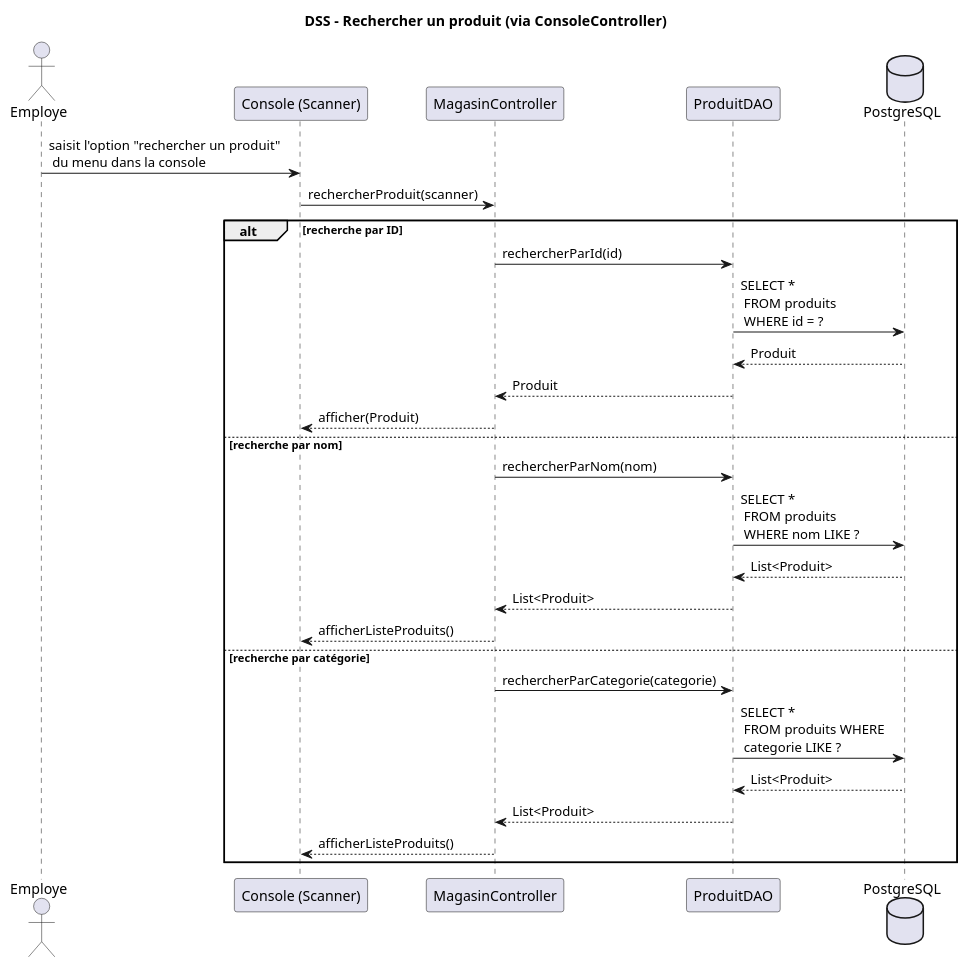
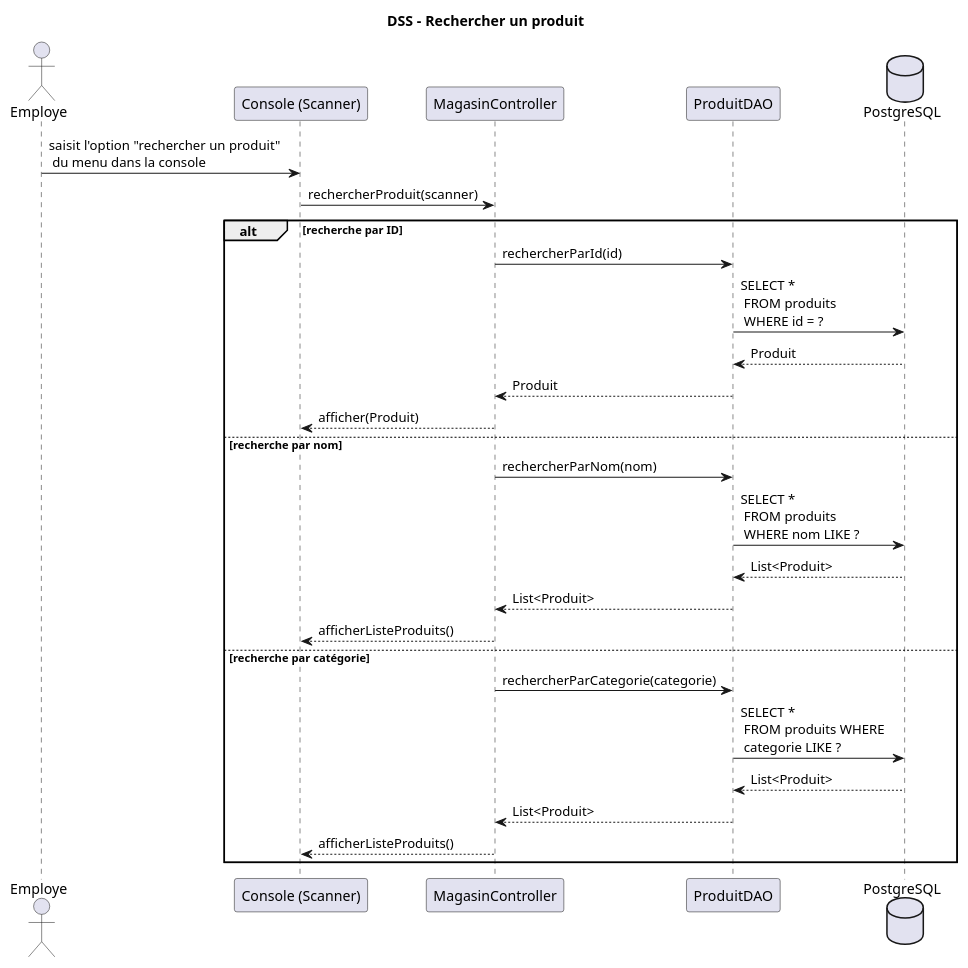
One commit to SlitherinSnake/tp0-1-2-log430 changed the diagram in docs/diagrams/dss/rechercherProduit.puml. Above: the diagram before and after it, drawn with PlantUML.

Commit message:
enelevement console dans titre

```diff
--- a/docs/diagrams/dss/rechercherProduit.puml
+++ b/docs/diagrams/dss/rechercherProduit.puml
@@ -1,55 +1,55 @@
 @startuml
-title DSS – Rechercher un produit (via ConsoleController)
+title DSS – Rechercher un produit
 
 ' === Acteurs et composants impliqués ===
 ' L'utilisateur humain (l'employé)
 actor Employe
 ' Interface console qui lit la saisie
 participant "Console (Scanner)" as Console
 ' Contrôleur principal qui orchestre les actions
 participant "MagasinController" as Controller
 ' DAO qui accède à la BD via Hibernate
 participant "ProduitDAO" as DAO
 ' Base de données relationnelle utilisée (via Hibernate)
 database "PostgreSQL"
 
 ' === Début du scénario ===
 Employe -> Console : saisit l'option "rechercher un produit" \n du menu dans la console
 ' L’utilisateur interagit avec la console pour choisir un type de recherche (ID, nom, ou catégorie)
 
 Console -> Controller : rechercherProduit(scanner)
 ' La console appelle la méthode du contrôleur avec un Scanner en paramètre
 
 ' === Cas 1 : recherche par identifiant ===
 alt recherche par ID
     Controller -> DAO : rechercherParId(id)
     ' Le contrôleur transmet la requête au DAO (selon le choix 1)
     
     DAO -> PostgreSQL : SELECT * \n FROM produits \n WHERE id = ?
     ' Hibernate génère une requête SQL pour chercher un produit selon son identifiant
     
     PostgreSQL --> DAO : Produit
     ' La base renvoie un objet produit correspondant
     
     DAO --> Controller : Produit
     Controller --> Console : afficher(Produit)
     ' Le produit trouvé est affiché dans la console
 
 ' === Cas 2 : recherche par nom (mot-clé) ===
 else recherche par nom
     Controller -> DAO : rechercherParNom(nom)
     DAO -> PostgreSQL : SELECT * \n FROM produits \n WHERE nom LIKE ?
     PostgreSQL --> DAO : List<Produit>
     DAO --> Controller : List<Produit>
     Controller --> Console : afficherListeProduits()
     ' Plusieurs produits peuvent correspondre, la liste est affichée
 
 ' === Cas 3 : recherche par catégorie ===
 else recherche par catégorie
     Controller -> DAO : rechercherParCategorie(categorie)
     DAO -> PostgreSQL : SELECT * \n FROM produits WHERE \n categorie LIKE ?
     PostgreSQL --> DAO : List<Produit>
     DAO --> Controller : List<Produit>
     Controller --> Console : afficherListeProduits()
 end
 @enduml
```
